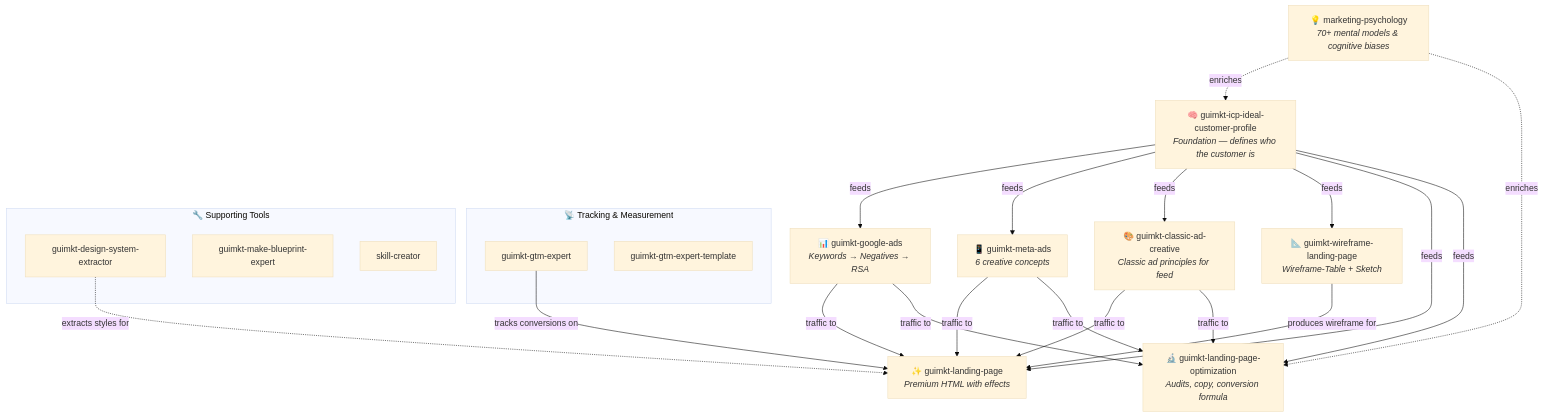
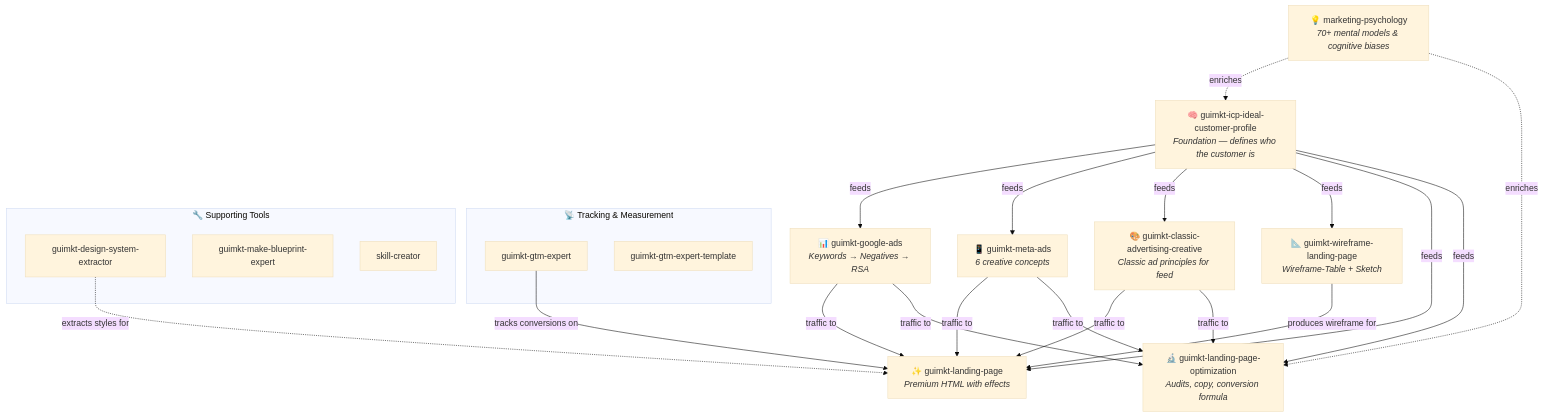
Before and after one commit to guilhermemarketing/esc-skills: the first of 4 diagrams in README.md, drawn with Mermaid (base theme). The commit also changed other lines of this file and 10 other files, not shown here.

````diff
--- a/README.md
+++ b/README.md
@@ -72,32 +72,32 @@
 ```mermaid
 graph TD
     ICP["🧠 guimkt-icp-ideal-customer-profile<br/><i>Foundation — defines who the customer is</i>"]
     PSY["💡 marketing-psychology<br/><i>70+ mental models & cognitive biases</i>"]
 
     ICP -->|feeds| GA["📊 guimkt-google-ads<br/><i>Keywords → Negatives → RSA</i>"]
     ICP -->|feeds| MA["📱 guimkt-meta-ads<br/><i>6 creative concepts</i>"]
-    ICP -->|feeds| CAC["🎨 guimkt-classic-ad-creative<br/><i>Classic ad principles for feed</i>"]
+    ICP -->|feeds| CAC["🎨 guimkt-classic-advertising-creative<br/><i>Classic ad principles for feed</i>"]
     ICP -->|feeds| WF["📐 guimkt-wireframe-landing-page<br/><i>Wireframe-Table + Sketch</i>"]
     ICP -->|feeds| LP["✨ guimkt-landing-page<br/><i>Premium HTML with effects</i>"]
     ICP -->|feeds| LPO["🔬 guimkt-landing-page-optimization<br/><i>Audits, copy, conversion formula</i>"]
 
     PSY -.->|enriches| ICP
     PSY -.->|enriches| LPO
 
     WF -->|produces wireframe for| LP
 
     subgraph Tracking["📡 Tracking & Measurement"]
         GTM["guimkt-gtm-expert"]
         GTMT["guimkt-gtm-expert-template"]
     end
 
     subgraph Tools["🔧 Supporting Tools"]
         DSE["guimkt-design-system-extractor"]
         MBE["guimkt-make-blueprint-expert"]
         SC["skill-creator"]
     end
 
     GA & MA & CAC -->|traffic to| LP & LPO
     GTM -->|tracks conversions on| LP
     DSE -.->|extracts styles for| LP
 ```
````
